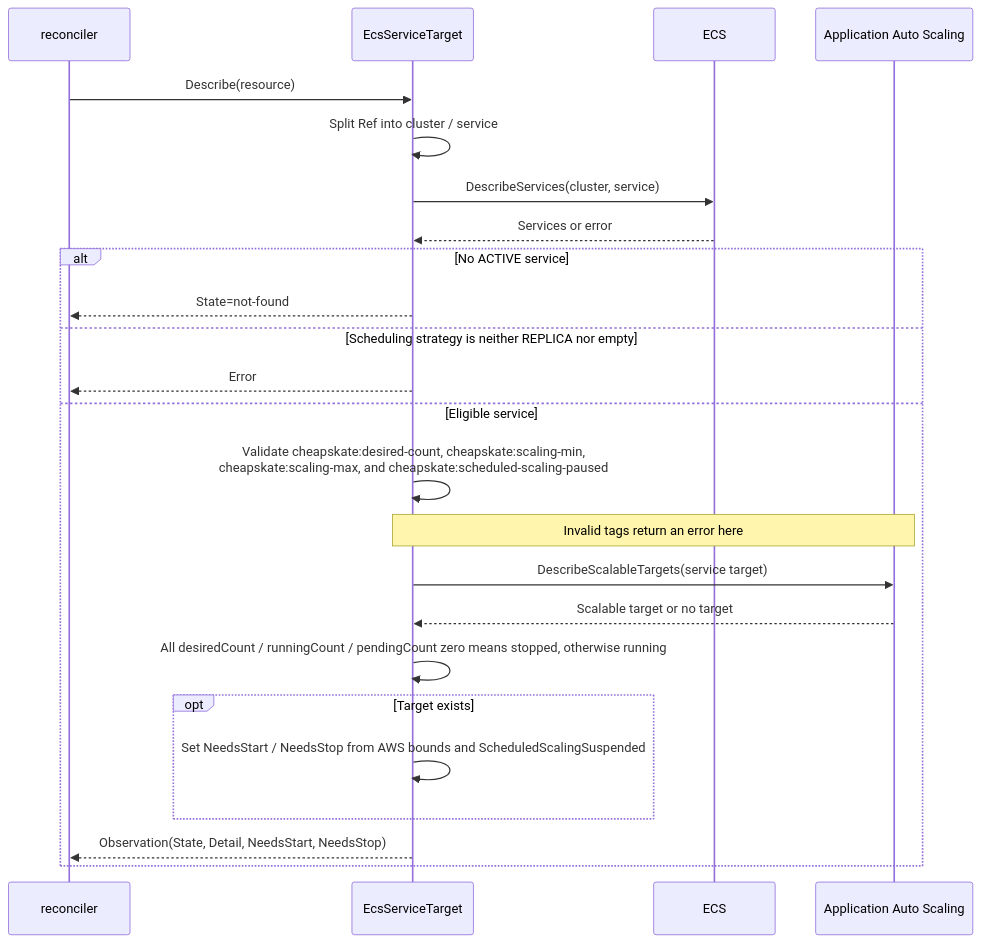
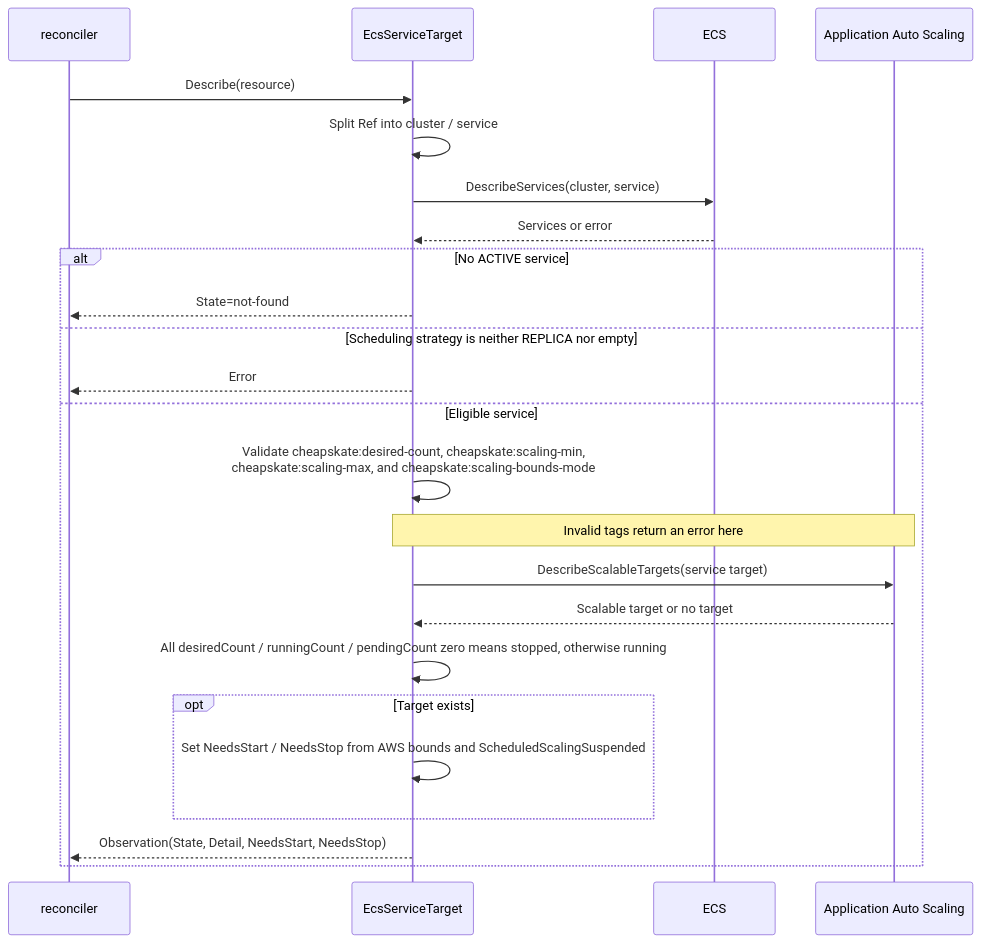
The fifth of 9 diagrams in docs/en/development/resource_sequence.md (moepig/cheapskate), drawn with Mermaid before and after one commit. The commit also changed other lines of this file and 22 other files, not shown here.

Commit message:
Clarify ECS scaling bounds management modes

````diff
--- a/docs/en/development/resource_sequence.md
+++ b/docs/en/development/resource_sequence.md
@@ -186,26 +188,26 @@
 ```mermaid
 sequenceDiagram
     participant Reconciler as reconciler
     participant Adapter as EcsServiceTarget
     participant EcsAPI as ECS
     participant AutoScaling as Application Auto Scaling
     Reconciler->>Adapter: Describe(resource)
     Adapter->>Adapter: Split Ref into cluster / service
     Adapter->>EcsAPI: DescribeServices(cluster, service)
     EcsAPI-->>Adapter: Services or error
     alt No ACTIVE service
         Adapter-->>Reconciler: State=not-found
     else Scheduling strategy is neither REPLICA nor empty
         Adapter-->>Reconciler: Error
     else Eligible service
-        Adapter->>Adapter: Validate cheapskate:desired-count, cheapskate:scaling-min,<br/>cheapskate:scaling-max, and cheapskate:scheduled-scaling-paused
+        Adapter->>Adapter: Validate cheapskate:desired-count, cheapskate:scaling-min,<br/>cheapskate:scaling-max, and cheapskate:scaling-bounds-mode
         Note over Adapter,AutoScaling: Invalid tags return an error here
         Adapter->>AutoScaling: DescribeScalableTargets(service target)
         AutoScaling-->>Adapter: Scalable target or no target
         Adapter->>Adapter: All desiredCount / runningCount / pendingCount zero means stopped, otherwise running
         opt Target exists
             Adapter->>Adapter: Set NeedsStart / NeedsStop from AWS bounds and ScheduledScalingSuspended
         end
         Adapter-->>Reconciler: Observation(State, Detail, NeedsStart, NeedsStop)
     end
 ```
````
